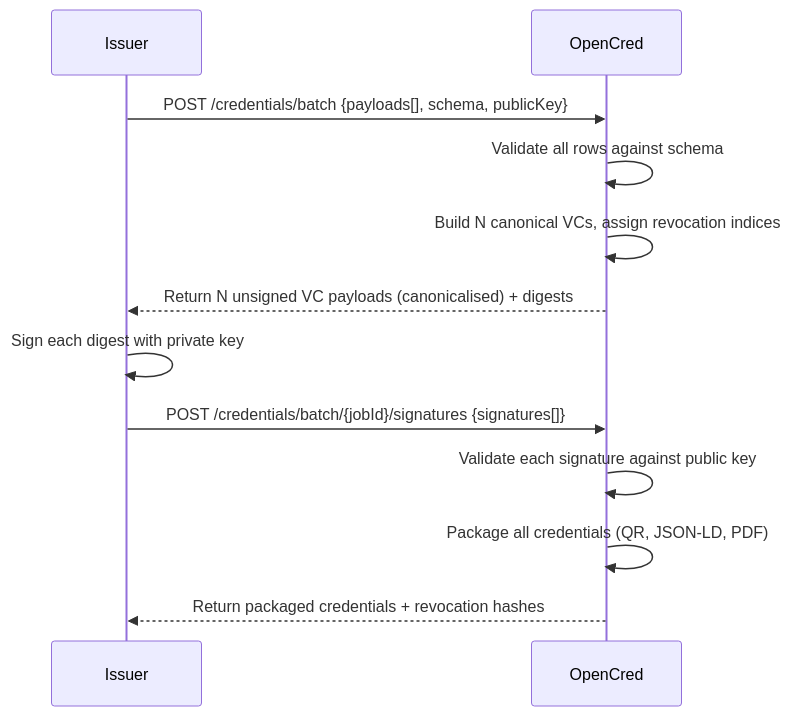
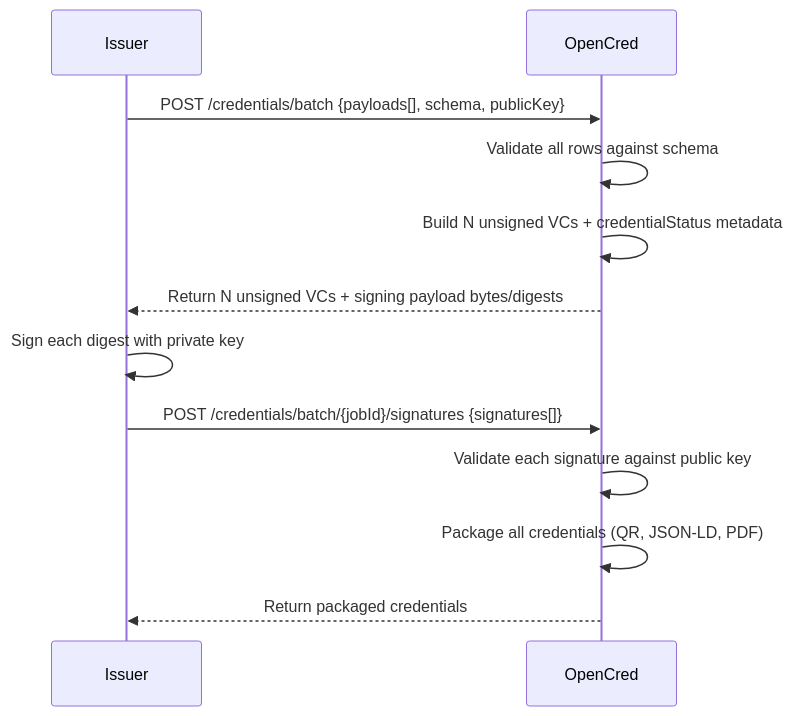
One commit to nfh-trust-labs/opencred changed the fourth of 7 diagrams in OpenCred_PRD.md. Above: the diagram before and after it, drawn with Mermaid. The commit also changed other lines of this file, not shown here.

Commit message:
docs: align PRD revocation and delegation semantics

````diff
--- a/OpenCred_PRD.md
+++ b/OpenCred_PRD.md
@@ -412,16 +414,16 @@
 ```mermaid
 sequenceDiagram
     participant Issuer
     participant OpenCred
 
     Issuer->>OpenCred: POST /credentials/batch {payloads[], schema, publicKey}
     OpenCred->>OpenCred: Validate all rows against schema
-    OpenCred->>OpenCred: Build N canonical VCs, assign revocation indices
-    OpenCred-->>Issuer: Return N unsigned VC payloads (canonicalised) + digests
+    OpenCred->>OpenCred: Build N unsigned VCs + credentialStatus metadata
+    OpenCred-->>Issuer: Return N unsigned VCs + signing payload bytes/digests
 
     Issuer->>Issuer: Sign each digest with private key
     Issuer->>OpenCred: POST /credentials/batch/{jobId}/signatures {signatures[]}
     OpenCred->>OpenCred: Validate each signature against public key
     OpenCred->>OpenCred: Package all credentials (QR, JSON-LD, PDF)
-    OpenCred-->>Issuer: Return packaged credentials + revocation hashes
+    OpenCred-->>Issuer: Return packaged credentials
 ```
````
